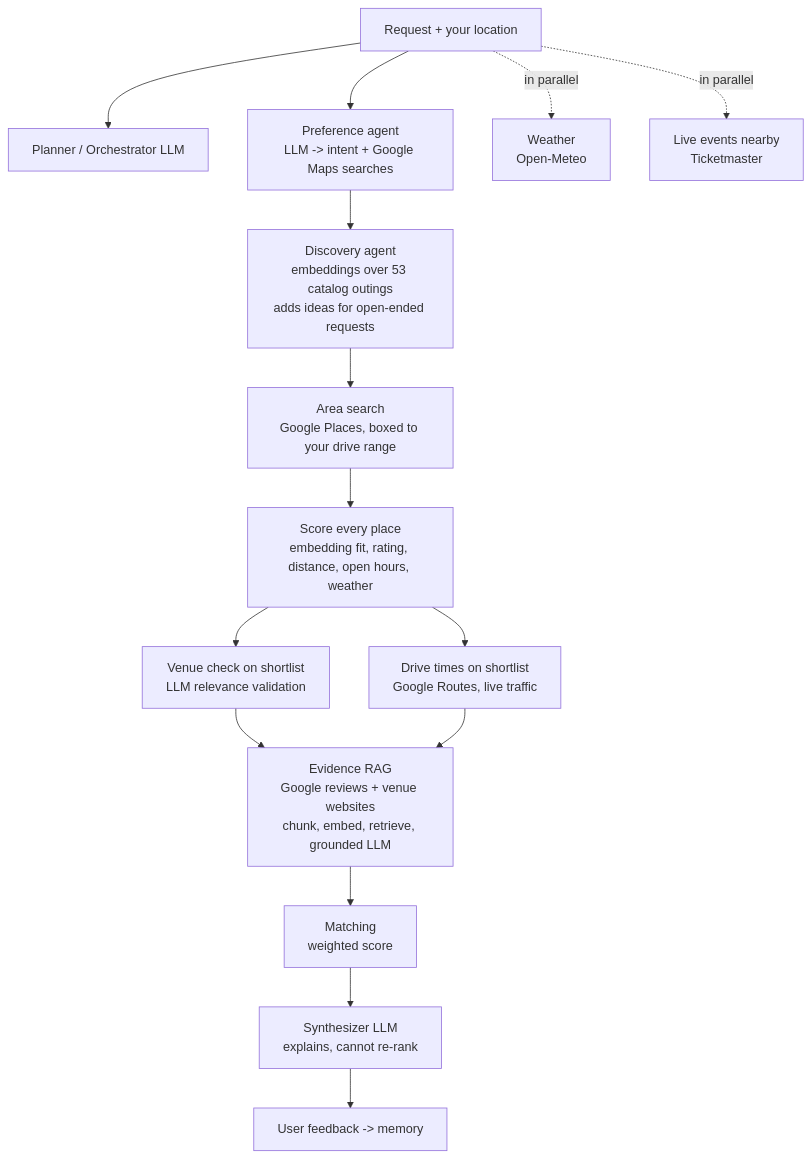
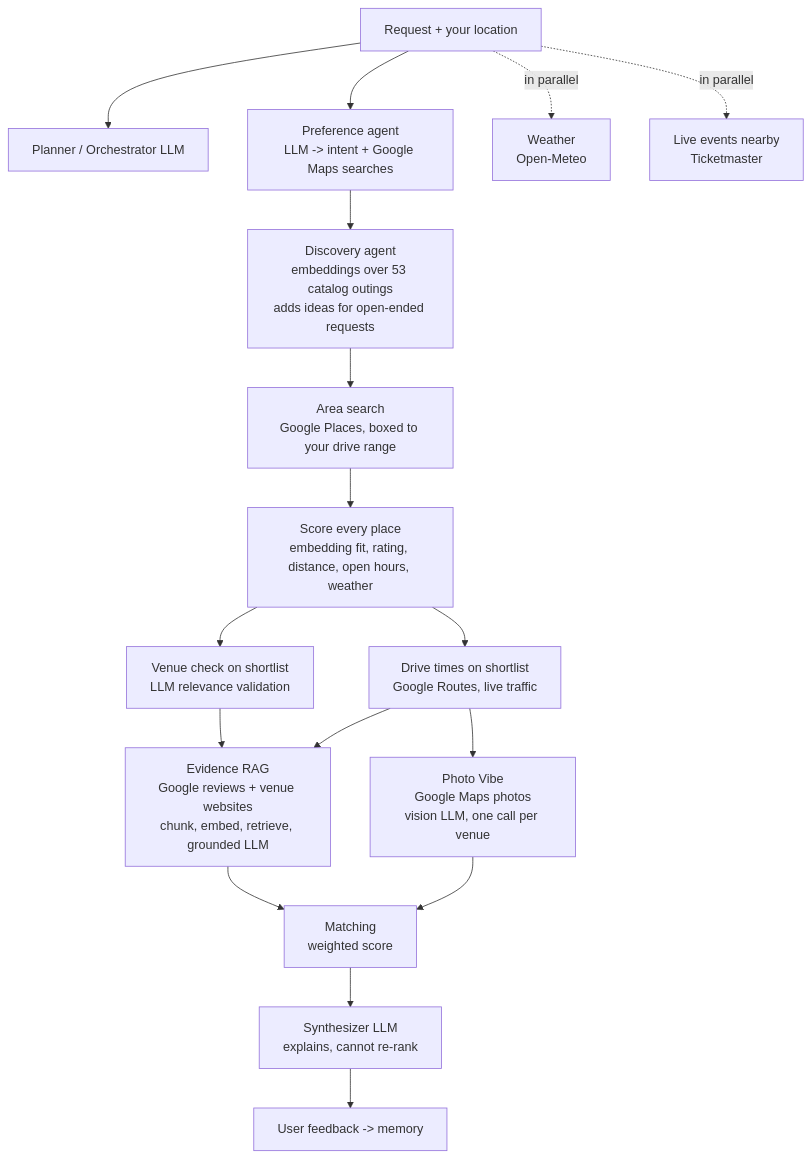
The diagram in README.md (yashasvarma14/pick-three), drawn with Mermaid before and after one commit. The commit also changed other lines of this file and 14 other files, not shown here.

First line of the commit message:
Add Photo Vibe agent and run LLM steps in parallel

````diff
--- a/README.md
+++ b/README.md
@@ -18,17 +18,19 @@
 ```mermaid
 flowchart TD
     U[Request + your location] --> P[Planner / Orchestrator LLM]
     U --> PR[Preference agent<br/>LLM -> intent + Google Maps searches]
     PR --> D[Discovery agent<br/>embeddings over 53 catalog outings<br/>adds ideas for open-ended requests]
     D --> A[Area search<br/>Google Places, boxed to your drive range]
     U -.in parallel.-> W[Weather<br/>Open-Meteo]
     U -.in parallel.-> EV[Live events nearby<br/>Ticketmaster]
     A --> SC[Score every place<br/>embedding fit, rating, distance, open hours, weather]
     SC --> V[Venue check on shortlist<br/>LLM relevance validation]
     SC --> MO[Drive times on shortlist<br/>Google Routes, live traffic]
     V --> R[Evidence RAG<br/>Google reviews + venue websites<br/>chunk, embed, retrieve, grounded LLM]
     MO --> R
+    MO --> PV[Photo Vibe<br/>Google Maps photos<br/>vision LLM, one call per venue]
     R --> MA[Matching<br/>weighted score]
+    PV --> MA
     MA --> S[Synthesizer LLM<br/>explains, cannot re-rank]
     S --> F[User feedback -> memory]
 ```
````
